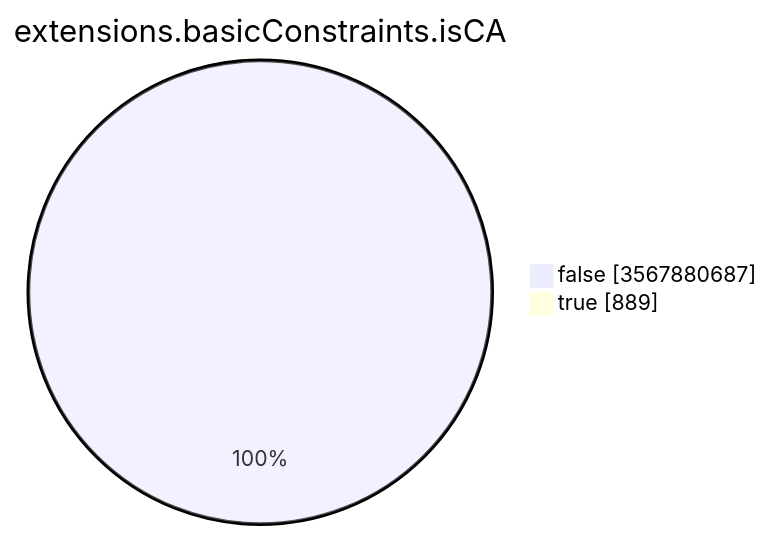
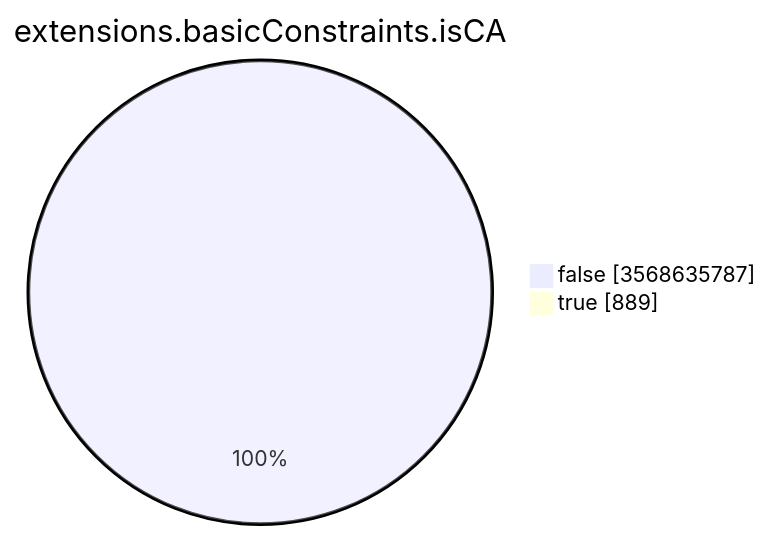
The seventh of 15 diagrams in TOTAL/README.md (christiankrug/ctmonitor_visualization), drawn with Mermaid before and after one commit. The commit also changed other lines of this file, not shown here.

````diff
--- a/TOTAL/README.md
+++ b/TOTAL/README.md
@@ -3094,6 +3094,6 @@
 ```mermaid
 pie showData
 title extensions.basicConstraints.isCA
-"false" :3567880687
+"false" :3568635787
 "true" :889
 ```
````
